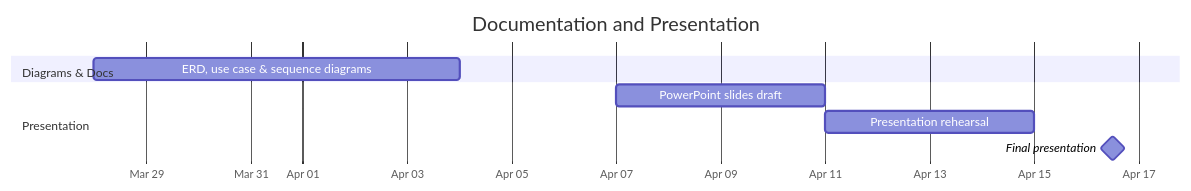
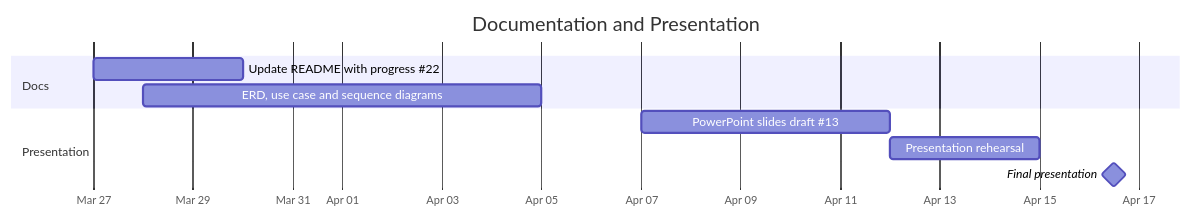
The seventh of 7 diagrams in GANTT.md (LuizGomes56/poosd_final_project), drawn with Mermaid before and after one commit. The commit also changed other lines of this file, not shown here.

Commit message:
updated gantt chart

````diff
--- a/GANTT.md
+++ b/GANTT.md
@@ -131,14 +155,15 @@
 ```mermaid
 gantt
     title Documentation and Presentation
     dateFormat  YYYY-MM-DD
     axisFormat  %b %d
 
-    section Diagrams & Docs
-    ERD, use case & sequence diagrams    : doc1, 2026-03-28, 2026-04-04
+    section Docs
+    Update README with progress #22        : doc1, 2026-03-27, 2026-03-30
+    ERD, use case and sequence diagrams    : doc2, 2026-03-28, 2026-04-05
 
     section Presentation
-    PowerPoint slides draft              : doc2, 2026-04-07, 2026-04-11
-    Presentation rehearsal               : doc3, 2026-04-11, 2026-04-15
-    Final presentation                   : milestone, pres, 2026-04-16, 1d
+    PowerPoint slides draft #13            : doc3, 2026-04-07, 2026-04-12
+    Presentation rehearsal                 : doc4, 2026-04-12, 2026-04-15
+    Final presentation                     : milestone, pres, 2026-04-16, 1d
 ```
````
